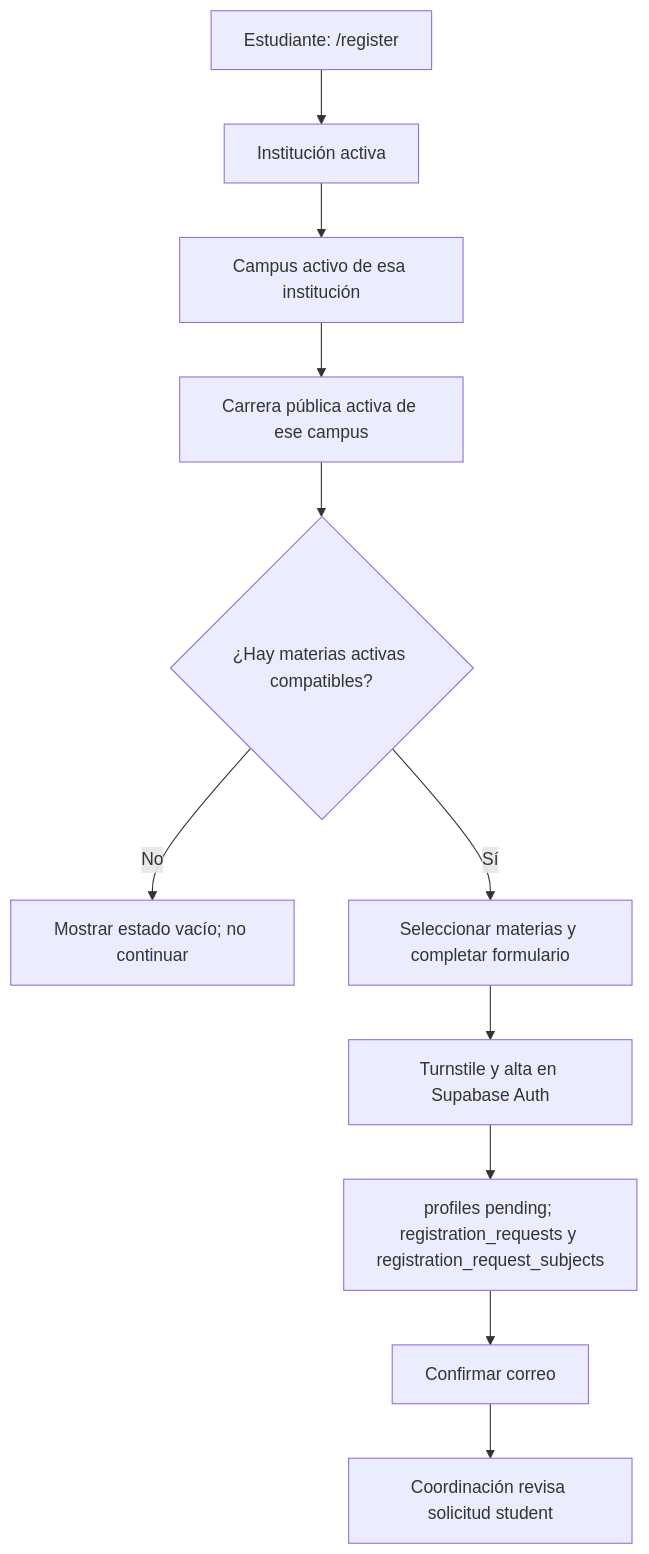
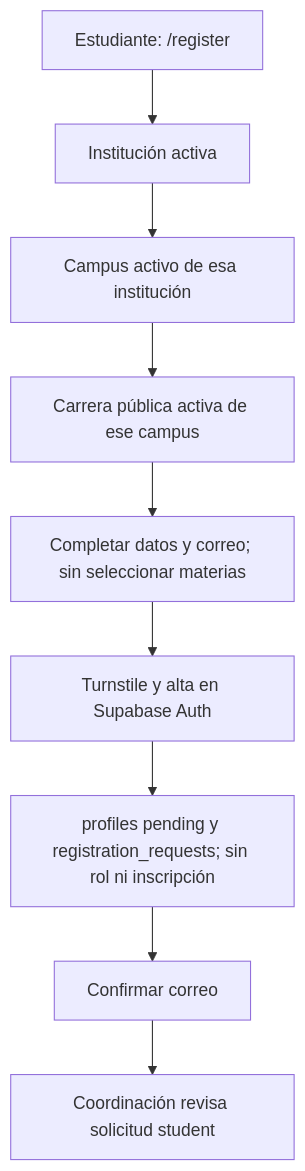
Before and after one commit to BetoGuzmanBarrera/evaldoc: the fifth of 16 diagrams in docs/technical-documentation.md, drawn with Mermaid. The commit also changed other lines of this file and 20 other files, not shown here.

````diff
--- a/docs/technical-documentation.md
+++ b/docs/technical-documentation.md
@@ -230,13 +230,11 @@
 ```mermaid
 flowchart TD
   EST_INI["Estudiante: /register"] --> EST_INST["Institución activa"]
   EST_INST --> EST_CAMPUS["Campus activo de esa institución"]
   EST_CAMPUS --> EST_PROG["Carrera pública activa de ese campus"]
-  EST_PROG --> EST_MAT{"¿Hay materias activas compatibles?"}
-  EST_MAT -->|No| EST_VACIO["Mostrar estado vacío; no continuar"]
-  EST_MAT -->|Sí| EST_SELECCION["Seleccionar materias y completar formulario"]
-  EST_SELECCION --> EST_AUTH["Turnstile y alta en Supabase Auth"]
-  EST_AUTH --> EST_SOL["profiles pending; registration_requests y registration_request_subjects"]
+  EST_PROG --> EST_DATOS["Completar datos y correo; sin seleccionar materias"]
+  EST_DATOS --> EST_AUTH["Turnstile y alta en Supabase Auth"]
+  EST_AUTH --> EST_SOL["profiles pending y registration_requests; sin rol ni inscripción"]
   EST_SOL --> EST_CORREO["Confirmar correo"]
   EST_CORREO --> EST_REV["Coordinación revisa solicitud student"]
 ```
````
